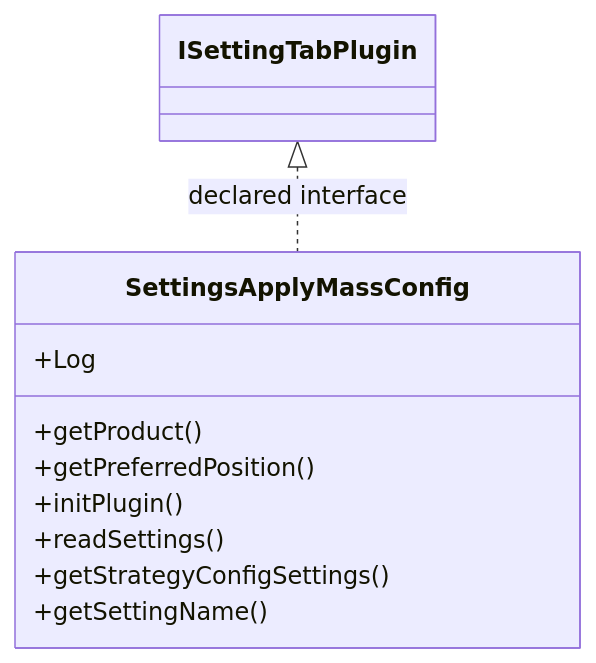
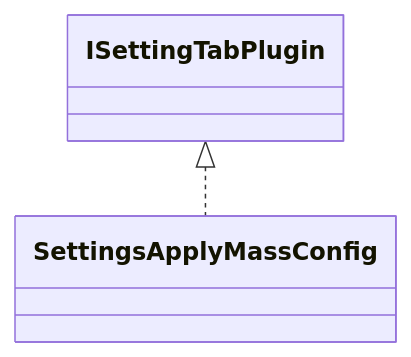
The diagram in docs/sqx/Shared/SettingsApplyMassConfig.md (haruperi/HaruQuantAI), drawn with Mermaid before and after one commit. The commit also changed other lines of this file and 1688 other files, not shown here.

````diff
--- a/docs/sqx/Shared/SettingsApplyMassConfig.md
+++ b/docs/sqx/Shared/SettingsApplyMassConfig.md
@@ -30,14 +26,6 @@
 ```mermaid
 classDiagram
-    class C2377614b5594["SettingsApplyMassConfig"] {
-        +Log
-        +getProduct()
-        +getPreferredPosition()
-        +initPlugin()
-        +readSettings()
-        +getStrategyConfigSettings()
-        +getSettingName()
-    }
-    class C27734eb41505["ISettingTabPlugin"]
-    C27734eb41505 <|.. C2377614b5594 : declared interface
+    class C0["SettingsApplyMassConfig"]
+    class E0["ISettingTabPlugin"]
+    E0 <|.. C0
 ```
````
